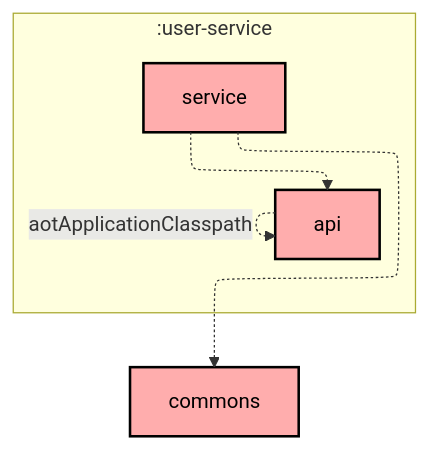
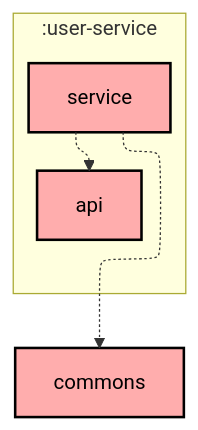
The diagram in user-service/service/README.md (Norby99/munchies), drawn with Mermaid before and after one commit. The commit also changed 1 other file, not shown here.

Commit message:
docs: dependencies update

````diff
--- a/user-service/service/README.md
+++ b/user-service/service/README.md
@@ -6,21 +6,20 @@
 ```mermaid
 ---
 config:
   layout: elk
   elk:
     nodePlacementStrategy: SIMPLE
 ---
 graph TB
   subgraph :user-service
     direction TB
     :user-service:api[api]:::unknown
     :user-service:service[service]:::unknown
   end
   :commons[commons]:::unknown
 
-  :user-service:api -.->|aotApplicationClasspath| :user-service:api
   :user-service:service -.-> :commons
   :user-service:service -.-> :user-service:api
 
 classDef unknown fill:#FFADAD,stroke:#000,stroke-width:2px,color:#000;
 ```
````
